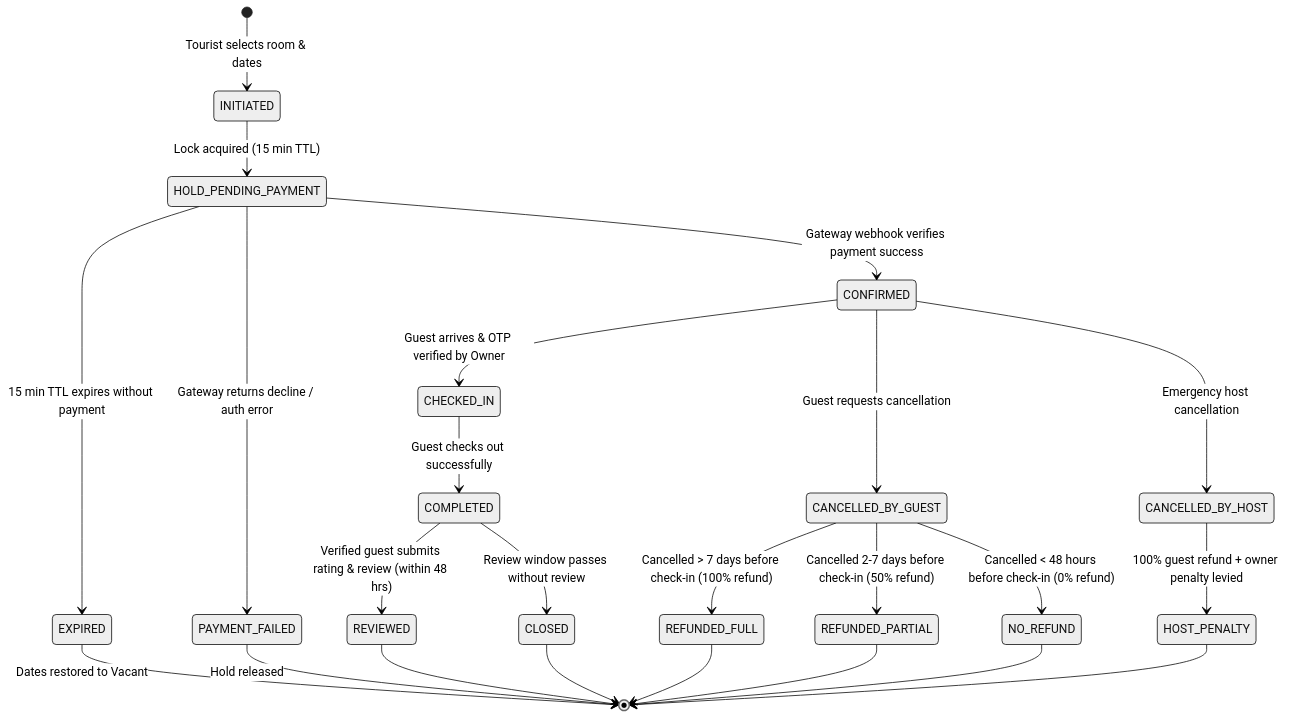
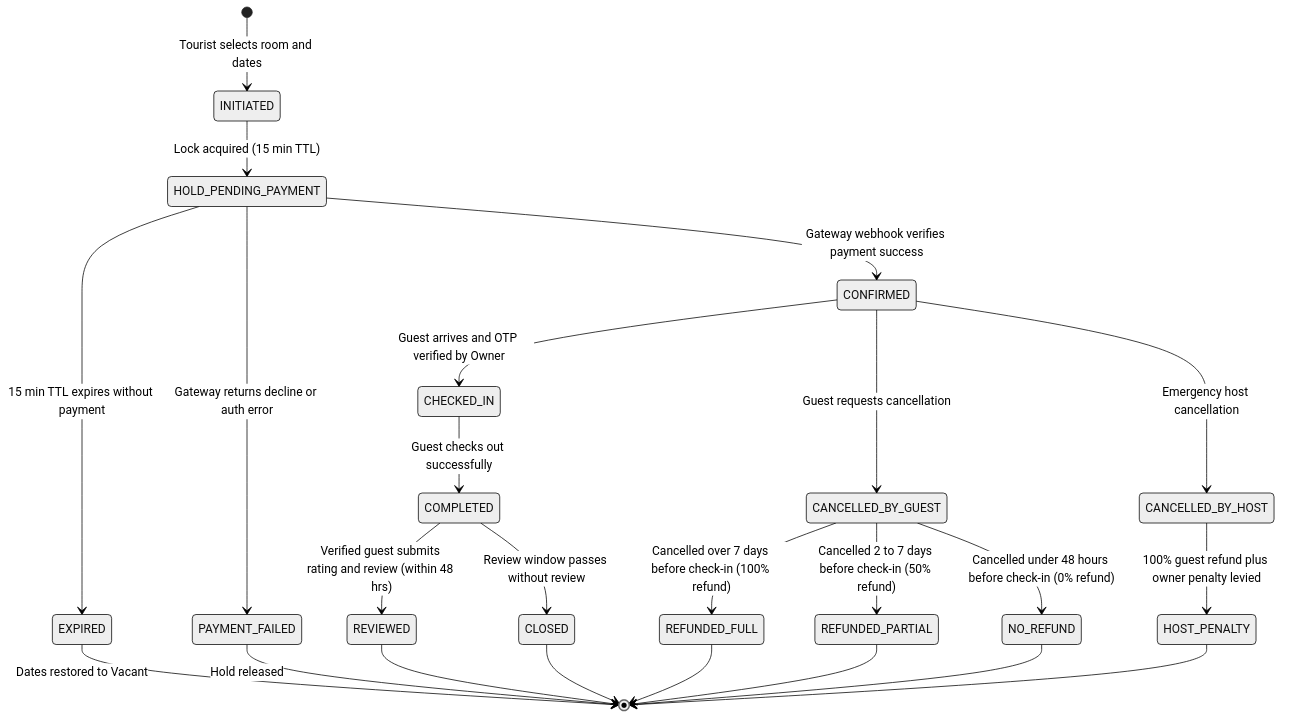
Before and after one commit to MSB-io/HomeStay: the sixth of 6 diagrams in docs/02_UML_Design_Package.md, drawn with Mermaid (neutral theme). The commit also changed other lines of this file and 3 other files, not shown here.

Commit message:
Fix: ensure 100% compliant Mermaid diagram syntax and universal rendering

````diff
--- a/docs/02_UML_Design_Package.md
+++ b/docs/02_UML_Design_Package.md
@@ -299,35 +300,35 @@
 ```mermaid
 stateDiagram-v2
-    [*] --> INITIATED : Tourist selects room & dates
+    [*] --> INITIATED : Tourist selects room and dates
     
     INITIATED --> HOLD_PENDING_PAYMENT : Lock acquired (15 min TTL)
     
     HOLD_PENDING_PAYMENT --> EXPIRED : 15 min TTL expires without payment
-    HOLD_PENDING_PAYMENT --> PAYMENT_FAILED : Gateway returns decline / auth error
+    HOLD_PENDING_PAYMENT --> PAYMENT_FAILED : Gateway returns decline or auth error
     HOLD_PENDING_PAYMENT --> CONFIRMED : Gateway webhook verifies payment success
     
     EXPIRED --> [*] : Dates restored to Vacant
     PAYMENT_FAILED --> [*] : Hold released
 
-    CONFIRMED --> CHECKED_IN : Guest arrives & OTP verified by Owner
+    CONFIRMED --> CHECKED_IN : Guest arrives and OTP verified by Owner
     CONFIRMED --> CANCELLED_BY_GUEST : Guest requests cancellation
     CONFIRMED --> CANCELLED_BY_HOST : Emergency host cancellation
 
-    CANCELLED_BY_GUEST --> REFUNDED_FULL : Cancelled > 7 days before check-in (100% refund)
-    CANCELLED_BY_GUEST --> REFUNDED_PARTIAL : Cancelled 2-7 days before check-in (50% refund)
-    CANCELLED_BY_GUEST --> NO_REFUND : Cancelled < 48 hours before check-in (0% refund)
+    CANCELLED_BY_GUEST --> REFUNDED_FULL : Cancelled over 7 days before check-in (100% refund)
+    CANCELLED_BY_GUEST --> REFUNDED_PARTIAL : Cancelled 2 to 7 days before check-in (50% refund)
+    CANCELLED_BY_GUEST --> NO_REFUND : Cancelled under 48 hours before check-in (0% refund)
 
-    CANCELLED_BY_HOST --> HOST_PENALTY : 100% guest refund + owner penalty levied
+    CANCELLED_BY_HOST --> HOST_PENALTY : 100% guest refund plus owner penalty levied
     
     CHECKED_IN --> COMPLETED : Guest checks out successfully
     
-    COMPLETED --> REVIEWED : Verified guest submits rating & review (within 48 hrs)
+    COMPLETED --> REVIEWED : Verified guest submits rating and review (within 48 hrs)
     COMPLETED --> CLOSED : Review window passes without review
     
     REVIEWED --> [*]
     CLOSED --> [*]
     REFUNDED_FULL --> [*]
     REFUNDED_PARTIAL --> [*]
     NO_REFUND --> [*]
     HOST_PENALTY --> [*]
 ```
````
